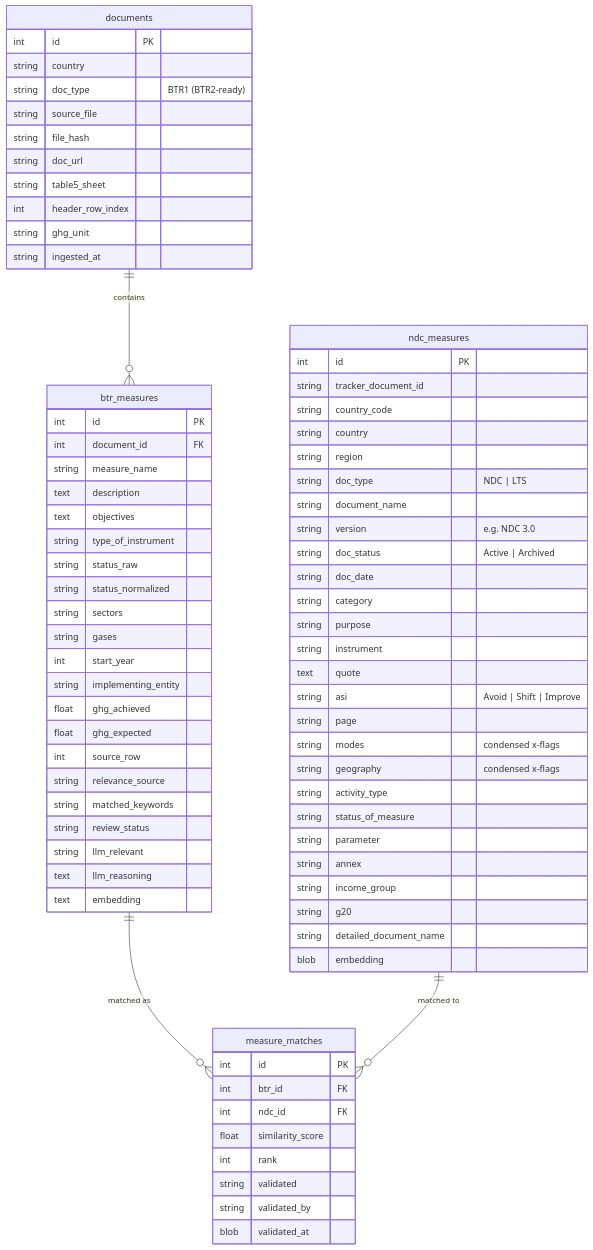
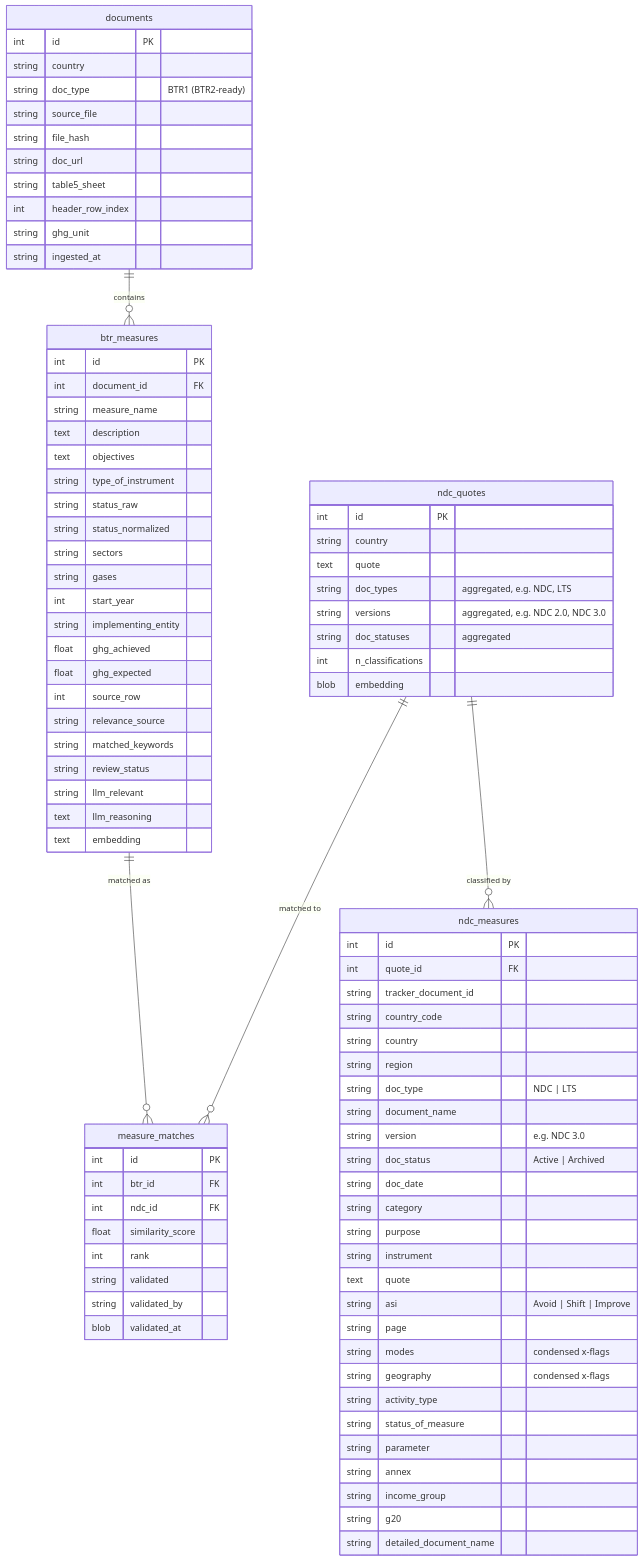
One commit to Changing-Transport/btr-analysis changed the diagram in README.md. Above: the diagram before and after it, drawn with Mermaid. The commit also changed other lines of this file and 8 other files, not shown here.

First line of the commit message:
Deduplicate NDC quotes for matching; add analyst validation workbooks

````diff
--- a/README.md
+++ b/README.md
@@ -123,8 +125,20 @@
     text embedding
   }
 
+  ndc_quotes {
+    int id PK
+    string country
+    text quote
+    string doc_types "aggregated, e.g. NDC, LTS"
+    string versions "aggregated, e.g. NDC 2.0, NDC 3.0"
+    string doc_statuses "aggregated"
+    int n_classifications
+    blob embedding
+  }
+
   ndc_measures {
     int id PK
+    int quote_id FK
     string tracker_document_id
     string country_code
     string country
@@ -149,7 +163,6 @@
     string income_group
     string g20
     string detailed_document_name
-    blob embedding
   }
 
   measure_matches {
@@ -164,6 +177,7 @@
   }
 
   documents ||--o{ btr_measures : "contains"
+  ndc_quotes ||--o{ ndc_measures : "classified by"
   btr_measures ||--o{ measure_matches : "matched as"
-  ndc_measures ||--o{ measure_matches : "matched to"
+  ndc_quotes ||--o{ measure_matches : "matched to"
 ```
````
